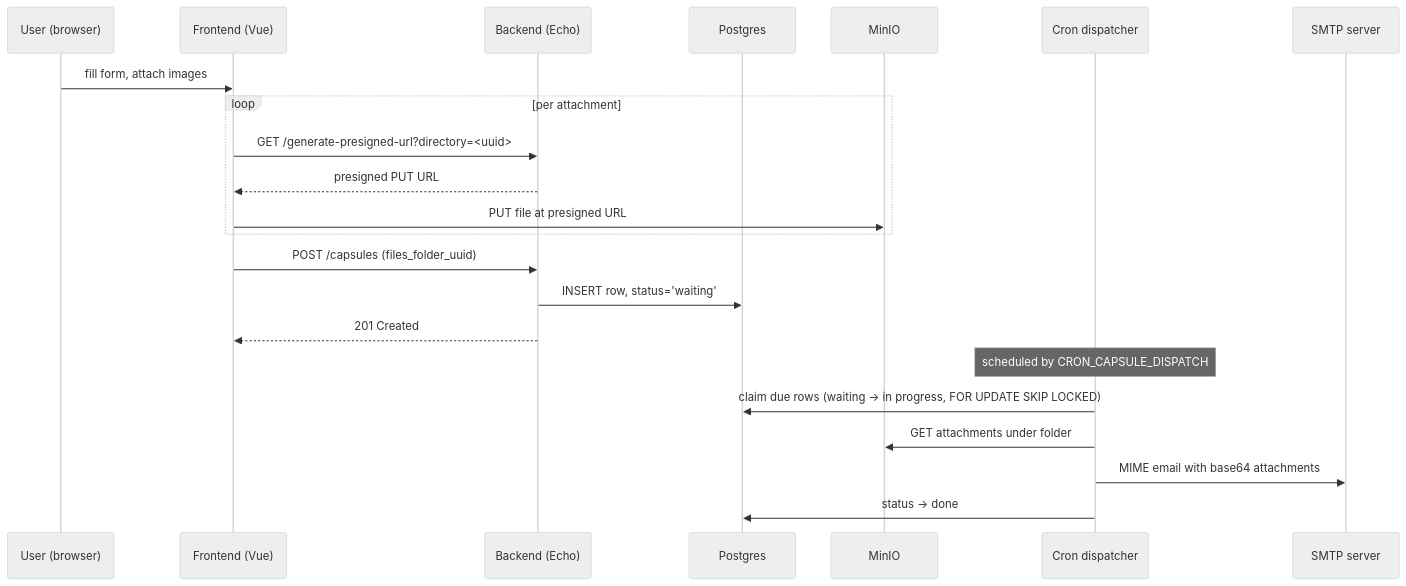
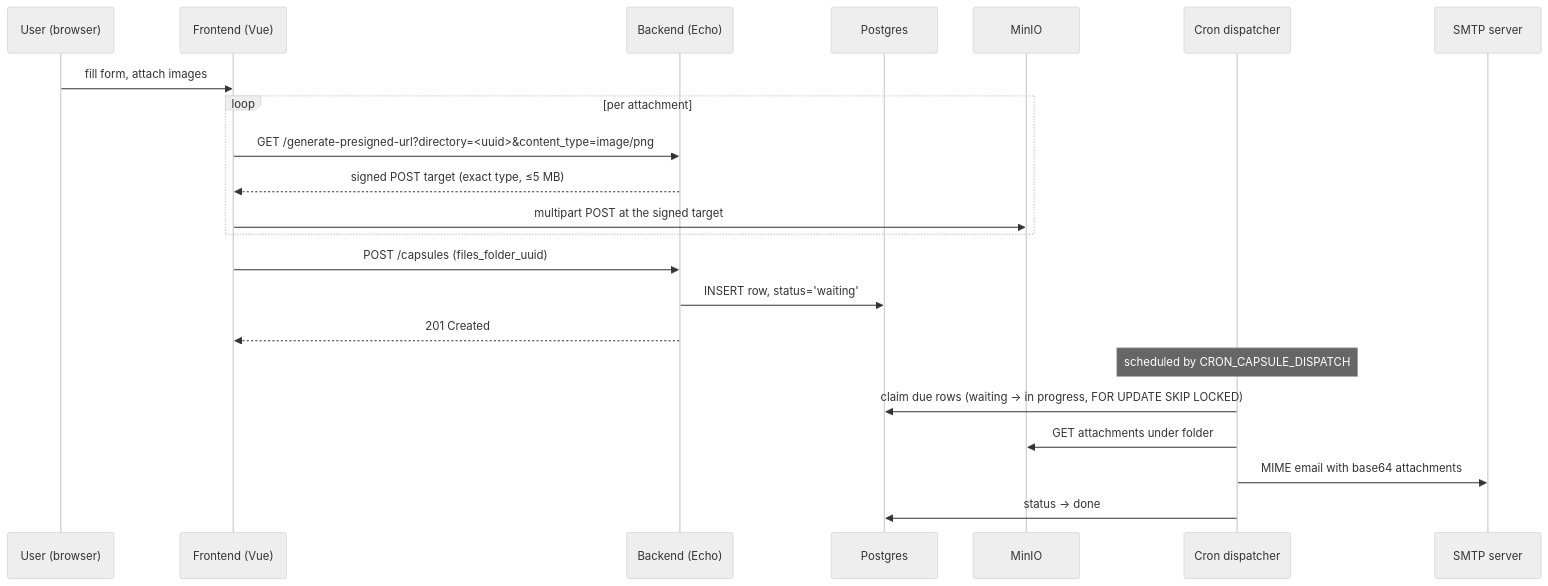
One commit to PureLeach/time-capsule-memories changed the diagram in README.md. Above: the diagram before and after it, drawn with Mermaid (neutral theme). The commit also changed other lines of this file, not shown here.

````diff
--- a/README.md
+++ b/README.md
@@ -19,26 +27,26 @@
 ```mermaid
 sequenceDiagram
     participant U as User (browser)
     participant FE as Frontend (Vue)
     participant BE as Backend (Echo)
     participant DB as Postgres
     participant S3 as MinIO
     participant Cron as Cron dispatcher
     participant SMTP as SMTP server
 
     U->>FE: fill form, attach images
     loop per attachment
-        FE->>BE: GET /generate-presigned-url?directory=<uuid>
-        BE-->>FE: presigned PUT URL
-        FE->>S3: PUT file at presigned URL
+        FE->>BE: GET /generate-presigned-url?directory=<uuid>&content_type=image/png
+        BE-->>FE: signed POST target (exact type, ≤5 MB)
+        FE->>S3: multipart POST at the signed target
     end
     FE->>BE: POST /capsules (files_folder_uuid)
     BE->>DB: INSERT row, status='waiting'
     BE-->>FE: 201 Created
 
     note over Cron: scheduled by CRON_CAPSULE_DISPATCH
     Cron->>DB: claim due rows (waiting → in progress, FOR UPDATE SKIP LOCKED)
     Cron->>S3: GET attachments under folder
     Cron->>SMTP: MIME email with base64 attachments
     Cron->>DB: status → done
 ```
````
